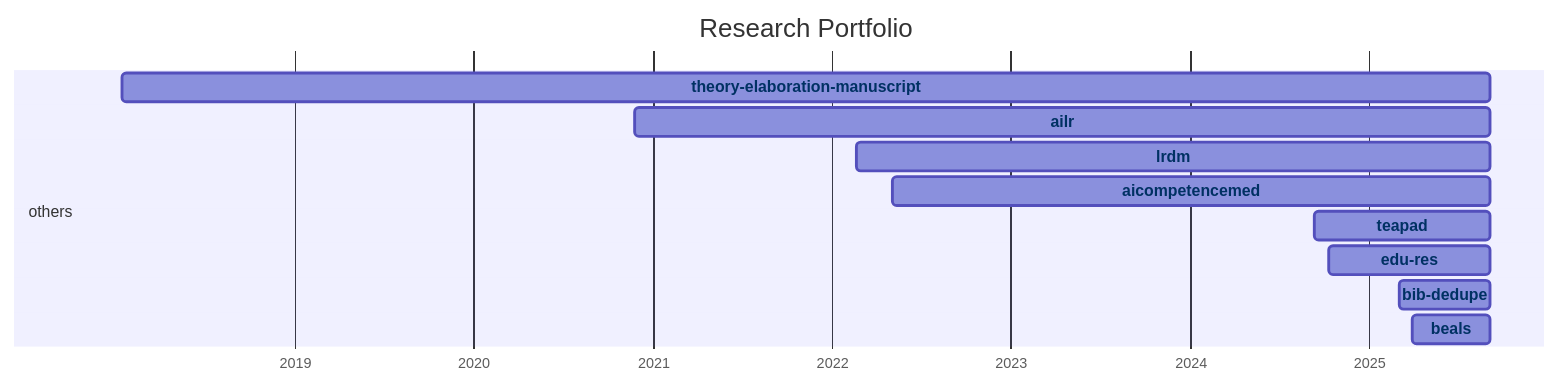
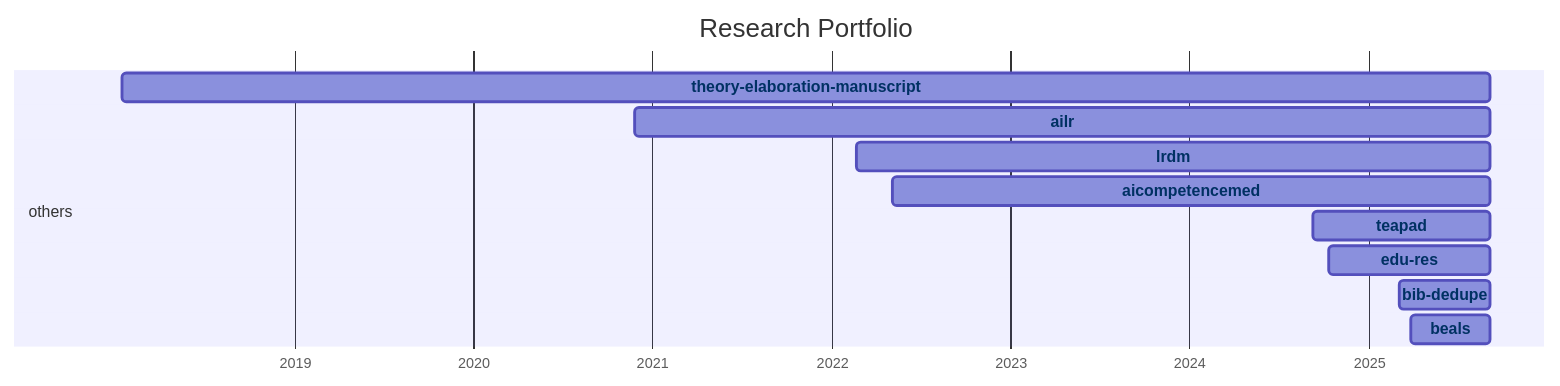
Before and after one commit to digital-work-lab/handbook: the diagram in docs/20-research/25-projects-gantt.md, drawn with Mermaid.

Commit message:
Update repository overview

````diff
--- a/docs/20-research/25-projects-gantt.md
+++ b/docs/20-research/25-projects-gantt.md
@@ -8,35 +8,35 @@
 ```mermaid
 ---
 displayMode: compact
 ---
 gantt
 title Research Portfolio
 dateFormat YYYY-MM-DD
 axisFormat %Y
 
     section work_practices
 
     section distributed_organizing
 
     section knowledge_synthesis
 
     section others
-        beals :beals, 2025-03-28, 2025-09-04
-        bib-dedupe :bib-dedupe, 2025-03-04, 2025-09-04
-        edu-res :edu-res, 2024-10-10, 2025-09-04
-        teapad :teapad, 2024-09-10, 2025-09-04
-        aicompetencemed :aicompetencemed, 2022-05-06, 2025-09-04
-        lrdm :lrdm, 2022-02-20, 2025-09-04
-        ailr :ailr, 2020-11-26, 2025-09-04
-        theory-elaboration-manuscript :theory-elaboration-manuscript, 2018-01-15, 2025-09-04
+        beals :beals, 2025-03-28, 2025-09-05
+        bib-dedupe :bib-dedupe, 2025-03-04, 2025-09-05
+        edu-res :edu-res, 2024-10-10, 2025-09-05
+        teapad :teapad, 2024-09-10, 2025-09-05
+        aicompetencemed :aicompetencemed, 2022-05-06, 2025-09-05
+        lrdm :lrdm, 2022-02-20, 2025-09-05
+        ailr :ailr, 2020-11-26, 2025-09-05
+        theory-elaboration-manuscript :theory-elaboration-manuscript, 2018-01-15, 2025-09-05
 
 
     click beals href "{{ site.baseurl }}/docs/10-lab/18-resources/beals.html"
     click bib-dedupe href "{{ site.baseurl }}/docs/10-lab/18-resources/bib-dedupe.html"
     click edu-res href "{{ site.baseurl }}/docs/10-lab/18-resources/edu-res.html"
     click teapad href "{{ site.baseurl }}/docs/10-lab/18-resources/teapad.html"
     click aicompetencemed href "{{ site.baseurl }}/docs/10-lab/18-resources/aicompetencemed.html"
     click lrdm href "{{ site.baseurl }}/docs/10-lab/18-resources/lrdm.html"
     click ailr href "{{ site.baseurl }}/docs/10-lab/18-resources/ailr.html"
     click theory-elaboration-manuscript href "{{ site.baseurl }}/docs/10-lab/18-resources/theory-elaboration-manuscript.html"
 ```
````
